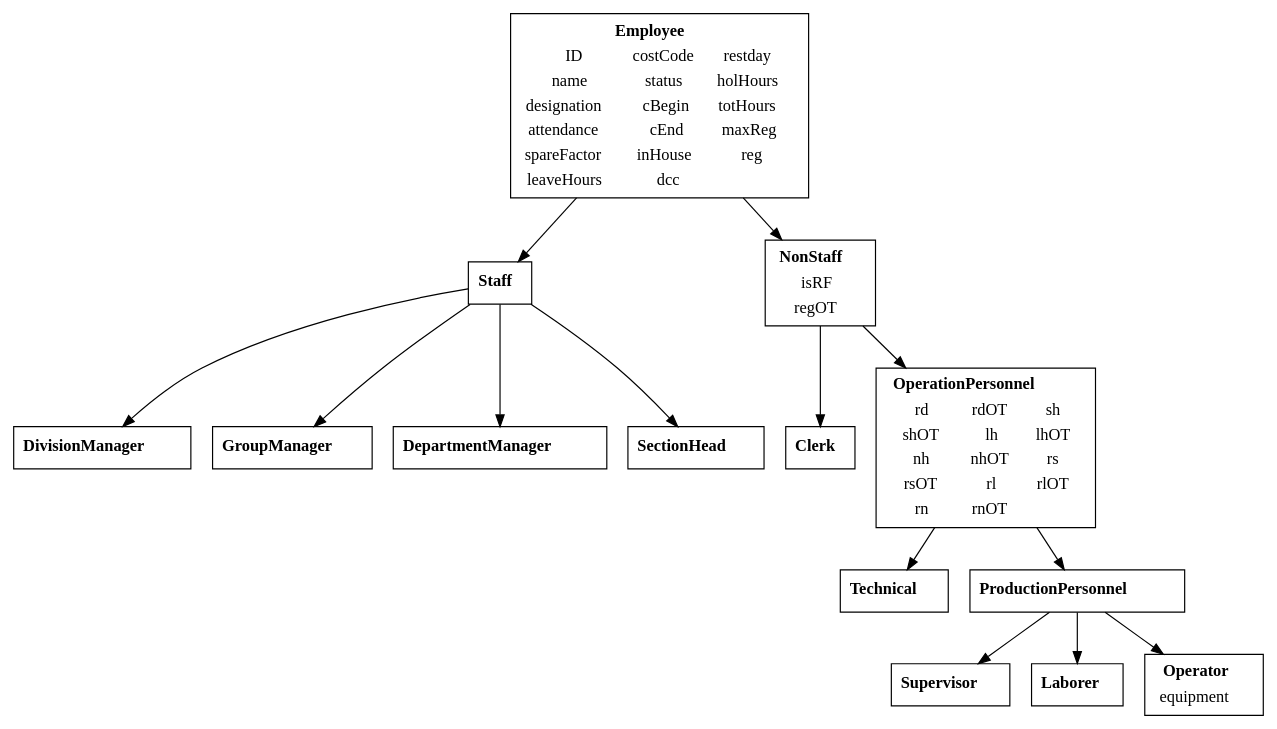
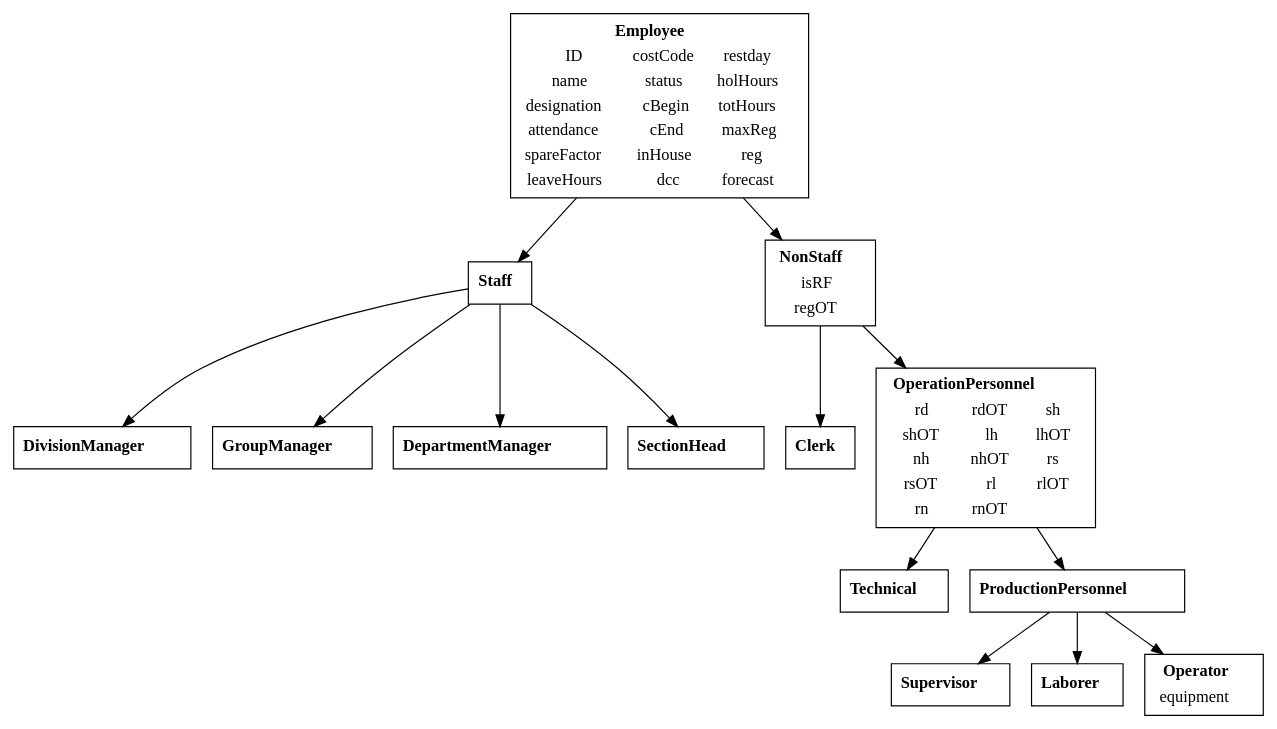
Before and after one commit to basilrabi/mansched: the diagram in vignettes/class.Rmd, drawn with Graphviz. The commit also changed 11 other files, not shown here.

```diff
--- a/vignettes/class.Rmd
+++ b/vignettes/class.Rmd
@@ -49,7 +49,7 @@
   <TR>
     <TD>leaveHours</TD>
     <TD>dcc</TD>
-    <TD></TD>
+    <TD>forecast</TD>
   </TR>
 </TABLE>>]
 
```
